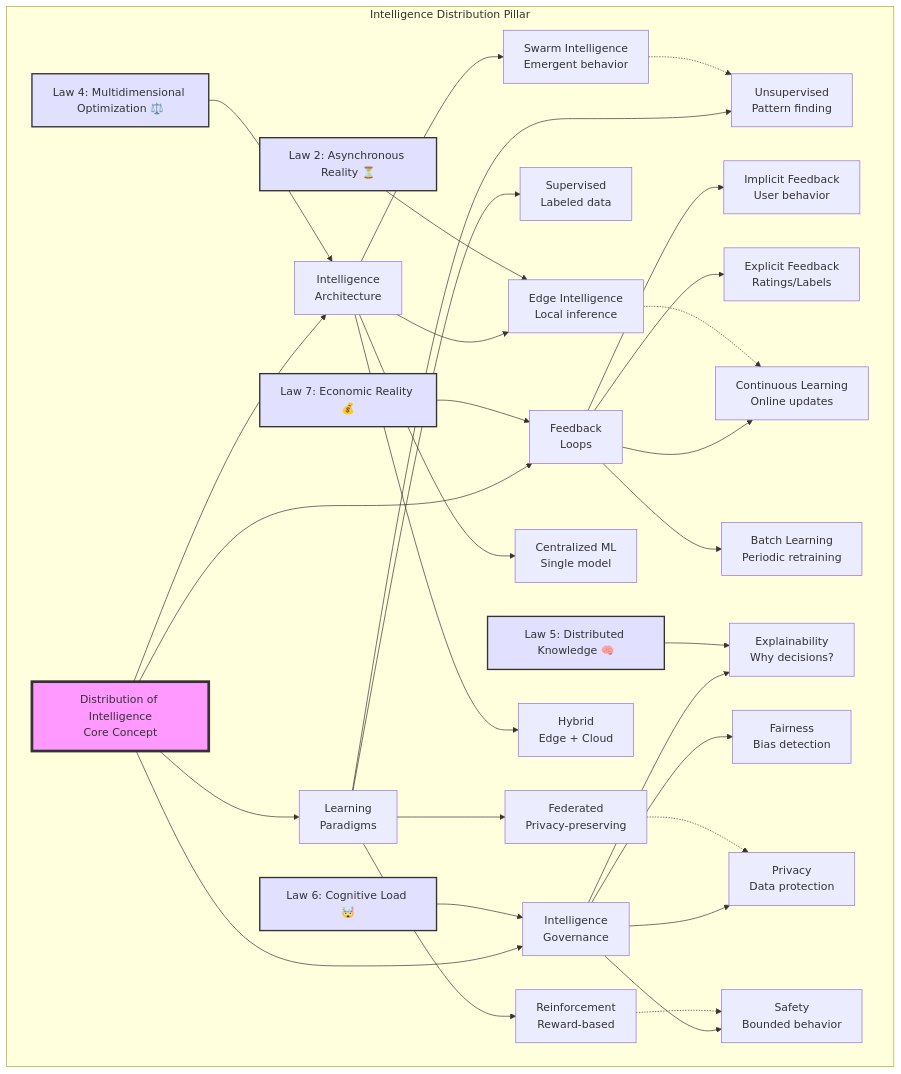
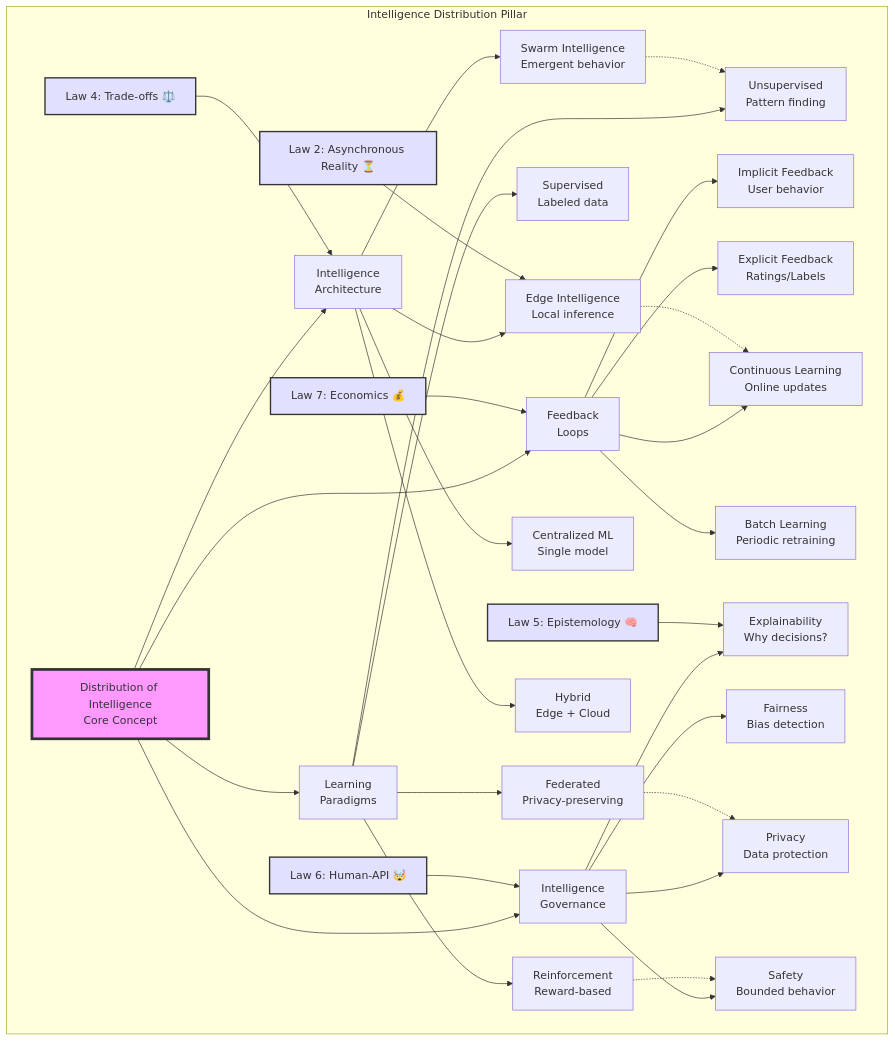
Before and after one commit to deepaucksharma/DStudio: the fifth of 22 diagrams in docs/part2-pillars/intelligence/index.md, drawn with Mermaid. The commit also changed other lines of this file and 470 other files, not shown here.

````diff
--- a/docs/part2-pillars/intelligence/index.md
+++ b/docs/part2-pillars/intelligence/index.md
@@ -218,55 +218,55 @@
 ```mermaid
 graph TB
     subgraph "Intelligence Distribution Pillar"
         Core[Distribution of Intelligence<br/>Core Concept]
 
         Core --> Learning[Learning<br/>Paradigms]
         Core --> Architecture[Intelligence<br/>Architecture]
         Core --> Feedback[Feedback<br/>Loops]
         Core --> Governance[Intelligence<br/>Governance]
 
         %% Learning branch
         Learning --> Supervised[Supervised<br/>Labeled data]
         Learning --> Unsupervised[Unsupervised<br/>Pattern finding]
         Learning --> Reinforcement[Reinforcement<br/>Reward-based]
         Learning --> Federated[Federated<br/>Privacy-preserving]
 
         %% Architecture branch
         Architecture --> Centralized[Centralized ML<br/>Single model]
         Architecture --> Edge[Edge Intelligence<br/>Local inference]
         Architecture --> Hybrid[Hybrid<br/>Edge + Cloud]
         Architecture --> Swarm[Swarm Intelligence<br/>Emergent behavior]
 
         %% Feedback branch
         Feedback --> Implicit[Implicit Feedback<br/>User behavior]
         Feedback --> Explicit[Explicit Feedback<br/>Ratings/Labels]
         Feedback --> Continuous[Continuous Learning<br/>Online updates]
         Feedback --> Batch[Batch Learning<br/>Periodic retraining]
 
         %% Governance branch
         Governance --> Explainability[Explainability<br/>Why decisions?]
         Governance --> Fairness[Fairness<br/>Bias detection]
         Governance --> Privacy[Privacy<br/>Data protection]
         Governance --> Safety[Safety<br/>Bounded behavior]
 
         %% Key relationships
         Federated -.-> Privacy
         Edge -.-> Continuous
         Reinforcement -.-> Safety
         Swarm -.-> Unsupervised
 
         %% Law connections
         Law2[Law 2: Asynchronous Reality ⏳] --> Edge
-        Law4[Law 4: Multidimensional Optimization ⚖️] --> Architecture
-        Law5[Law 5: Distributed Knowledge 🧠] --> Explainability
-        Law6[Law 6: Cognitive Load 🤯] --> Governance
-        Law7[Law 7: Economic Reality 💰] --> Feedback
+        Law4[Law 4: Trade-offs ⚖️] --> Architecture
+        Law5[Law 5: Epistemology 🧠] --> Explainability
+        Law6[Law 6: Human-API 🤯] --> Governance
+        Law7[Law 7: Economics 💰] --> Feedback
     end
 
     style Core fill:#f9f,stroke:#333,stroke-width:4px
     style Law2 fill:#e1e1ff,stroke:#333,stroke-width:2px
     style Law4 fill:#e1e1ff,stroke:#333,stroke-width:2px
     style Law5 fill:#e1e1ff,stroke:#333,stroke-width:2px
     style Law6 fill:#e1e1ff,stroke:#333,stroke-width:2px
     style Law7 fill:#e1e1ff,stroke:#333,stroke-width:2px
 ```
````
